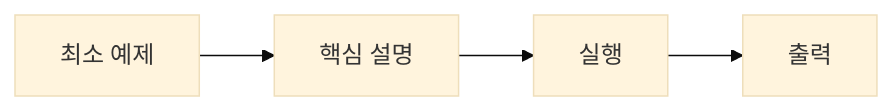
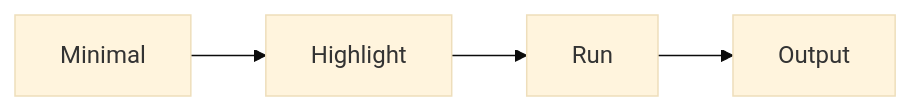
Before and after one commit to yeongseon-books/book-content: the diagram in content/technical-writing-101/ko/05-explaining-example-code.md, drawn with Mermaid (base theme). The commit also changed other lines of this file and 9 other files, not shown here.

````diff
--- a/content/technical-writing-101/ko/05-explaining-example-code.md
+++ b/content/technical-writing-101/ko/05-explaining-example-code.md
@@ -50,6 +50,6 @@
 ```mermaid
 flowchart LR
-    M[최소 예제] --> H[핵심 설명]
-    H --> R[실행]
-    R --> O[출력]
+    M[Minimal] --> H[Highlight]
+    H --> R[Run]
+    R --> O[Output]
 ```
````
